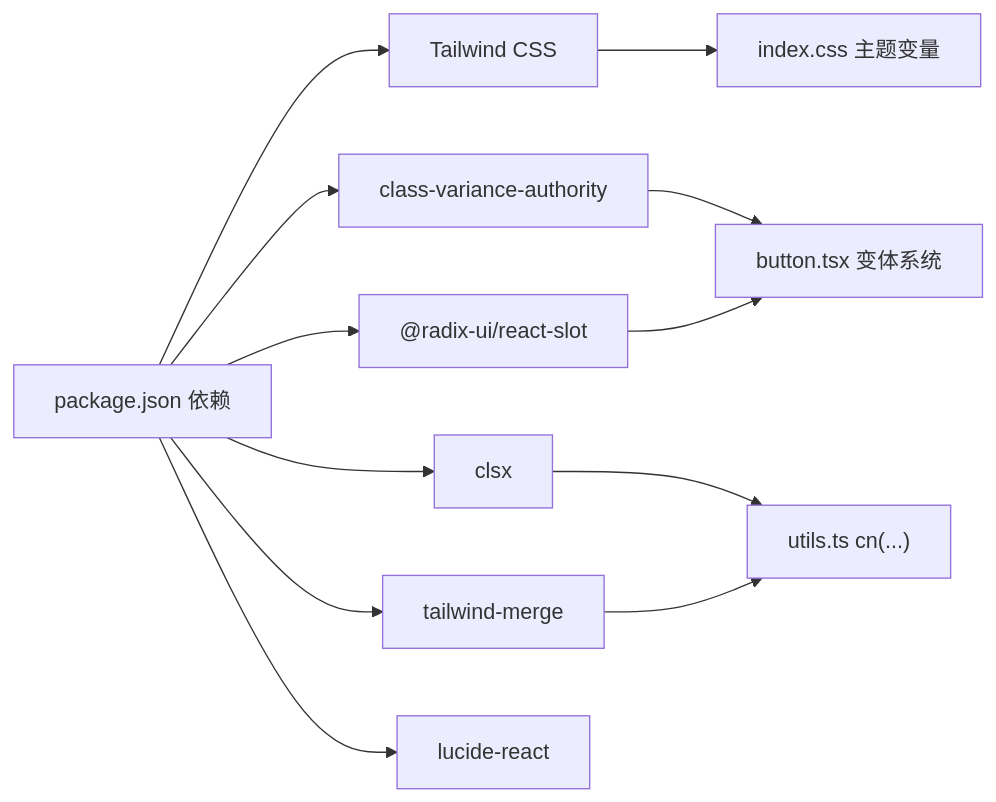
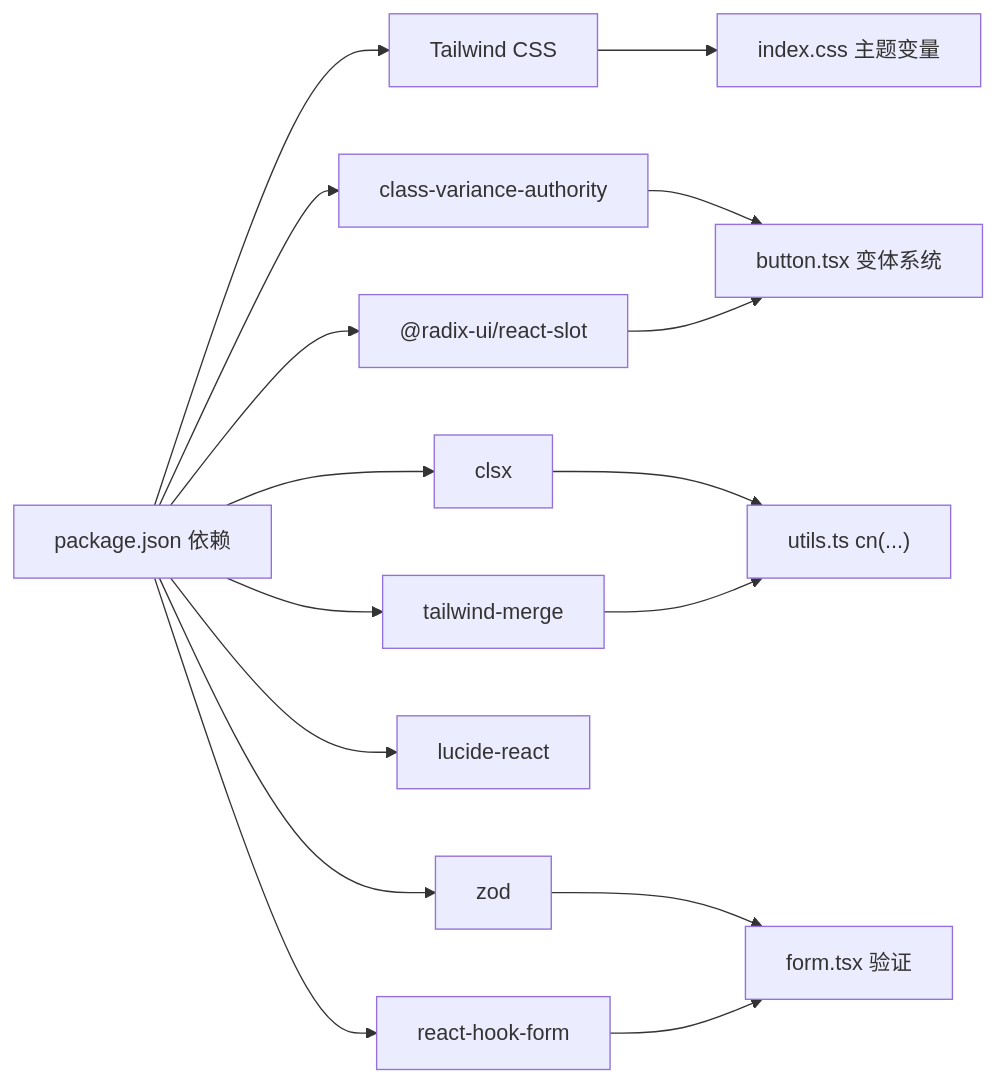
The ninth of 9 diagrams in .qoder/repowiki/zh/content/前端系统/UI 组件库/UI 组件库.md (translateServers/nodes-stack), drawn with Mermaid before and after one commit. The commit also changed other lines of this file and 8 other files, not shown here.

````diff
--- a/.qoder/repowiki/zh/content/前端系统/UI 组件库/UI 组件库.md
+++ b/.qoder/repowiki/zh/content/前端系统/UI 组件库/UI 组件库.md
@@ -367,14 +666,18 @@
 ```mermaid
 graph LR
 PKG["package.json 依赖"] --> TWCSS["Tailwind CSS"]
 PKG --> CVA["class-variance-authority"]
 PKG --> CLSX["clsx"]
 PKG --> TM["tailwind-merge"]
 PKG --> RADIX["@radix-ui/react-slot"]
 PKG --> LUCIDE["lucide-react"]
+PKG --> ZOD["zod"]
+PKG --> RHF["react-hook-form"]
 TWCSS --> THEME["index.css 主题变量"]
 CVA --> BTN["button.tsx 变体系统"]
 RADIX --> BTN
 CLSX --> UTIL["utils.ts cn(...)"]
 TM --> UTIL
+ZOD --> FORM["form.tsx 验证"]
+RHF --> FORM
 ```
````
